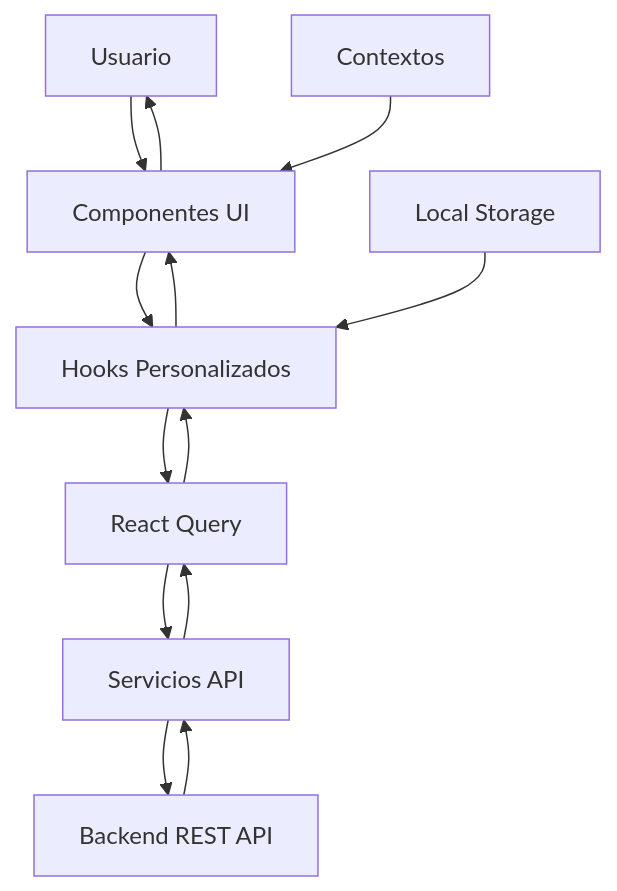
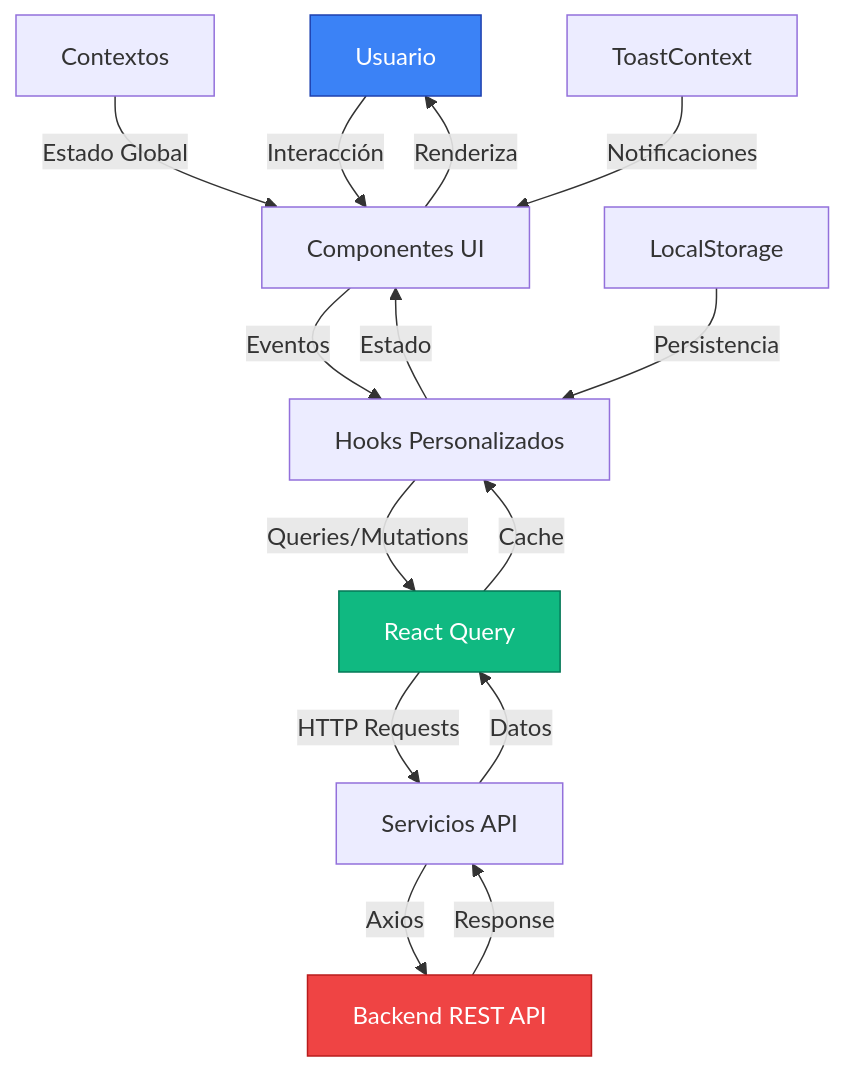
One commit to JuanNorena/VitalCare changed the diagram in README.md. Above: the diagram before and after it, drawn with Mermaid. The commit also changed other lines of this file and 132 other files, not shown here.

````diff
--- a/README.md
+++ b/README.md
@@ -81,16 +129,22 @@
 ```mermaid
 graph TB
-    A[Usuario] --> B[Componentes UI]
-    B --> C[Hooks Personalizados]
-    C --> D[React Query]
-    D --> E[Servicios API]
-    E --> F[Backend REST API]
-    F --> E
-    E --> D
-    D --> C
-    C --> B
-    B --> A
+    A[Usuario] -->|Interacción| B[Componentes UI]
+    B -->|Eventos| C[Hooks Personalizados]
+    C -->|Queries/Mutations| D[React Query]
+    D -->|HTTP Requests| E[Servicios API]
+    E -->|Axios| F[Backend REST API]
+    
+    F -->|Response| E
+    E -->|Datos| D
+    D -->|Cache| C
+    C -->|Estado| B
+    B -->|Renderiza| A
 
-    G[Contextos] --> B
-    H[Local Storage] --> C
+    G[Contextos] -->|Estado Global| B
+    H[LocalStorage] -->|Persistencia| C
+    I[ToastContext] -->|Notificaciones| B
+
+    style A fill:#3b82f6,stroke:#1e40af,color:#fff
+    style F fill:#ef4444,stroke:#b91c1c,color:#fff
+    style D fill:#10b981,stroke:#047857,color:#fff
 ```
````
